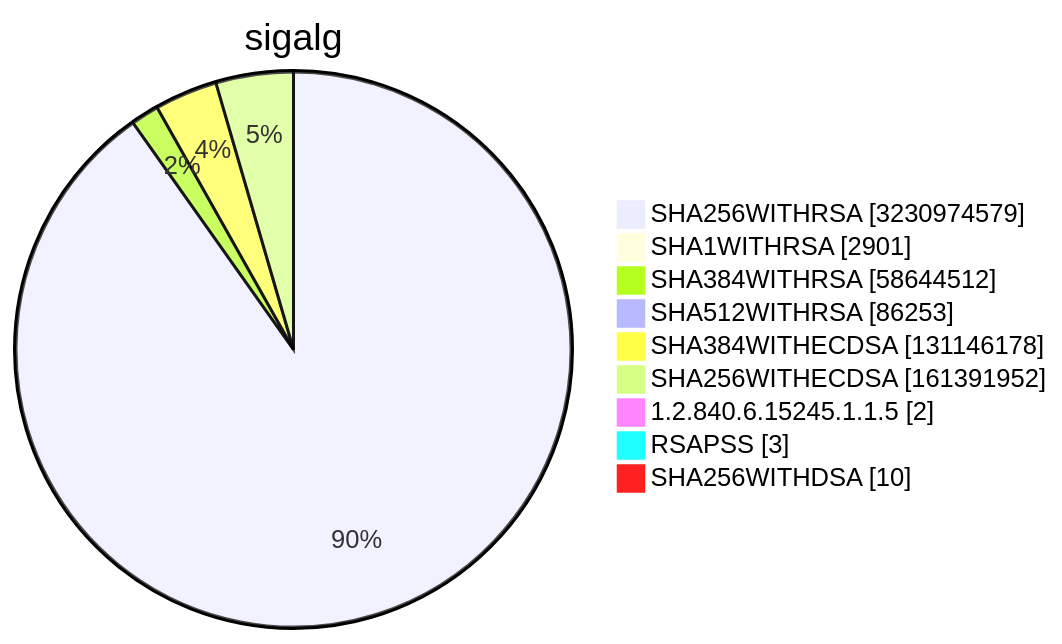
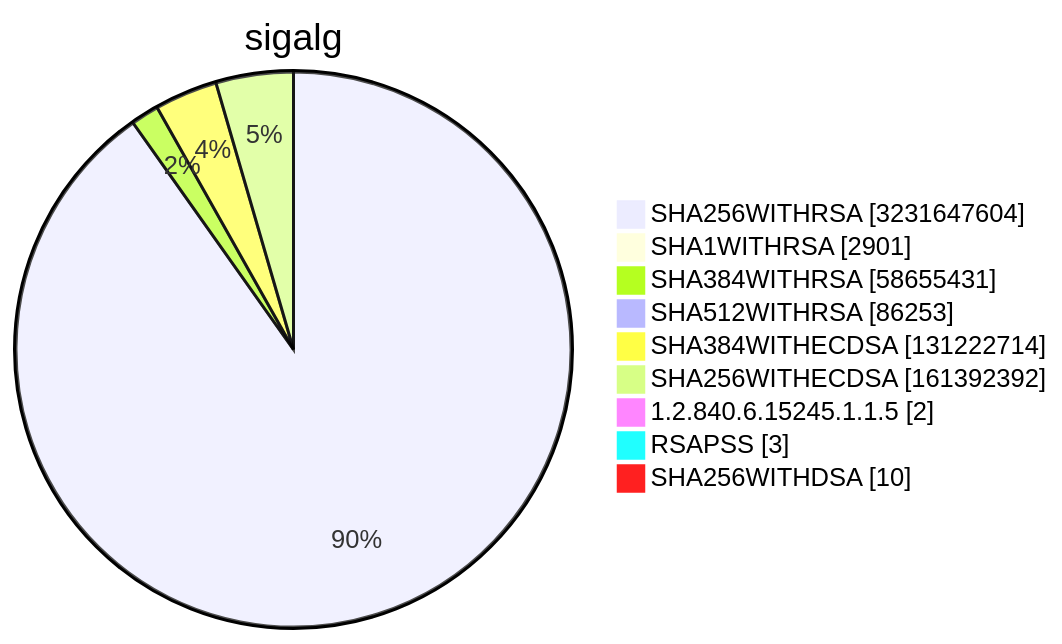
Before and after one commit to christiankrug/ctmonitor_visualization: diagram 15 of 15 in TOTAL/README.md, drawn with Mermaid. The commit also changed other lines of this file, not shown here.

````diff
--- a/TOTAL/README.md
+++ b/TOTAL/README.md
@@ -6217,13 +6217,13 @@
 ```mermaid
 pie showData
 title sigalg
-"SHA256WITHRSA" :3230974579
+"SHA256WITHRSA" :3231647604
 "SHA1WITHRSA" :2901
-"SHA384WITHRSA" :58644512
+"SHA384WITHRSA" :58655431
 "SHA512WITHRSA" :86253
-"SHA384WITHECDSA" :131146178
-"SHA256WITHECDSA" :161391952
+"SHA384WITHECDSA" :131222714
+"SHA256WITHECDSA" :161392392
 "1.2.840.6.15245.1.1.5" :2
 "RSAPSS" :3
 "SHA256WITHDSA" :10
 ```
````
